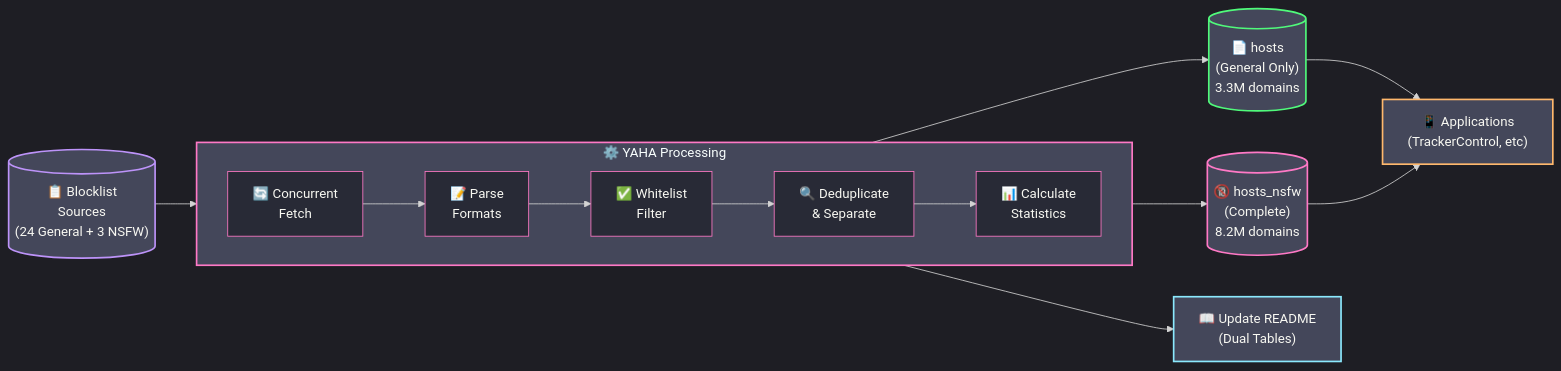
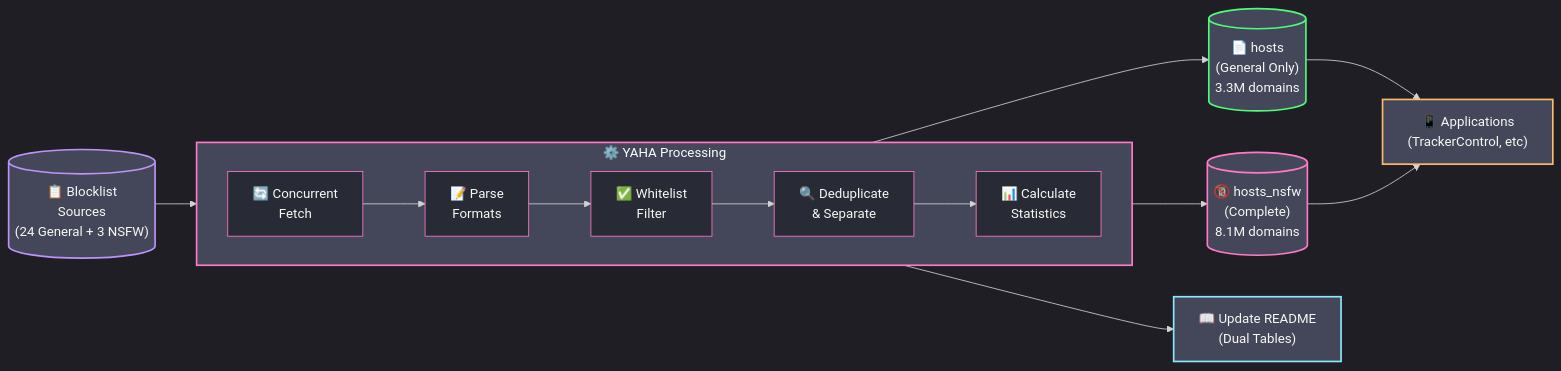
The diagram in README.md (scottdraper8/yaha), drawn with Mermaid before and after one commit. The commit also changed other lines of this file, not shown here.

Commit message:
Update blocklist stats: 3339279 general / 8133697 with NSFW [automated]

````diff
--- a/README.md
+++ b/README.md
@@ -42,36 +42,36 @@
 ```mermaid
 %%{init: {'theme': 'dark', 'themeVariables': {
     'primaryColor': '#ff79c6',
     'secondaryColor': '#bd93f9',
     'tertiaryColor': '#44475a',
     'mainBkg': '#282a36',
     'nodeBorder': '#ff79c6',
     'clusterBkg': '#44475a',
     'clusterBorder': '#bd93f9',
     'textColor': '#f8f8f2'
 }}}%%
 flowchart LR
     Sources[("📋 Blocklist<br/>Sources<br/>(24 General + 3 NSFW)")] --> Fetch
 
     subgraph Process["⚙️ YAHA Processing"]
         direction LR
         Fetch["🔄 Concurrent<br/>Fetch"] --> Parse["📝 Parse<br/>Formats"]
         Parse --> Filter["✅ Whitelist<br/>Filter"]
         Filter --> Dedupe["🔍 Deduplicate<br/>& Separate"]
         Dedupe --> Stats["📊 Calculate<br/>Statistics"]
     end
 
     Stats --> Output1[("📄 hosts<br/>(General Only)<br/>3.3M domains")]
-    Stats --> Output2[("🔞 hosts_nsfw<br/>(Complete)<br/>8.2M domains")]
+    Stats --> Output2[("🔞 hosts_nsfw<br/>(Complete)<br/>8.1M domains")]
     Stats --> README["📖 Update README<br/>(Dual Tables)"]
 
     Output1 --> Apps["📱 Applications<br/>(TrackerControl, etc)"]
     Output2 --> Apps
 
     style Sources fill:#44475a,stroke:#bd93f9,stroke-width:2px
     style Process fill:#44475a,stroke:#ff79c6,stroke-width:2px
     style Output1 fill:#44475a,stroke:#50fa7b,stroke-width:2px
     style Output2 fill:#44475a,stroke:#ff79c6,stroke-width:2px
     style README fill:#44475a,stroke:#8be9fd,stroke-width:2px
     style Apps fill:#44475a,stroke:#ffb86c,stroke-width:2px
 ```
````
